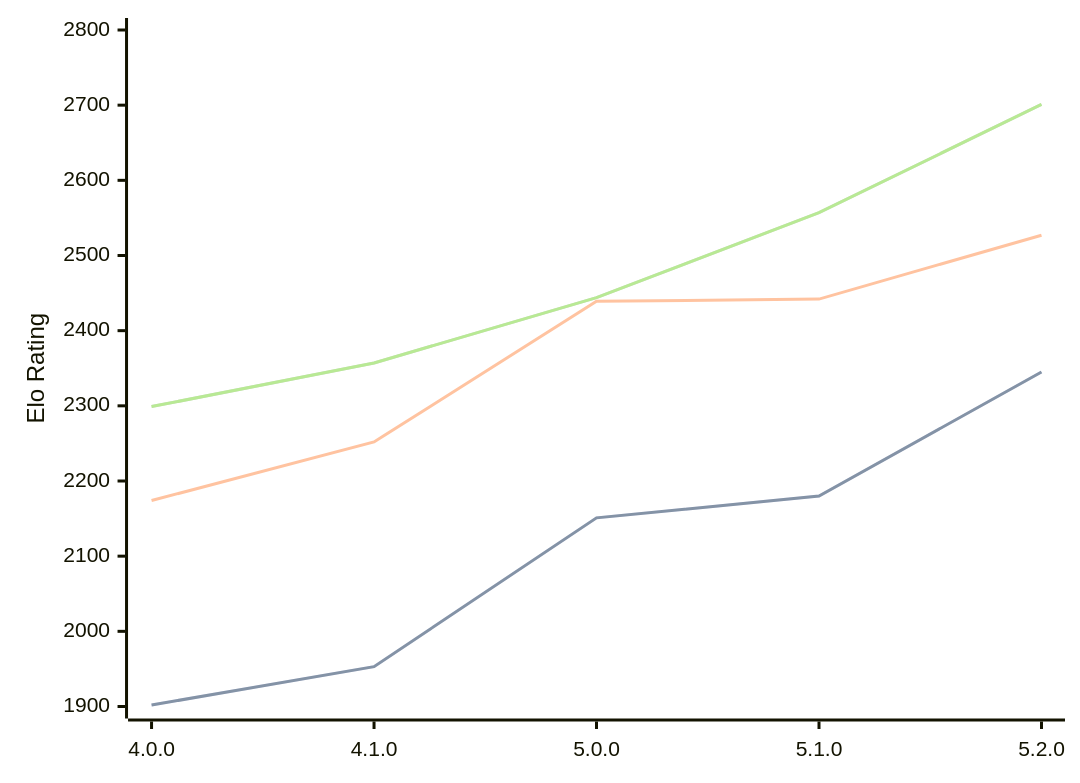
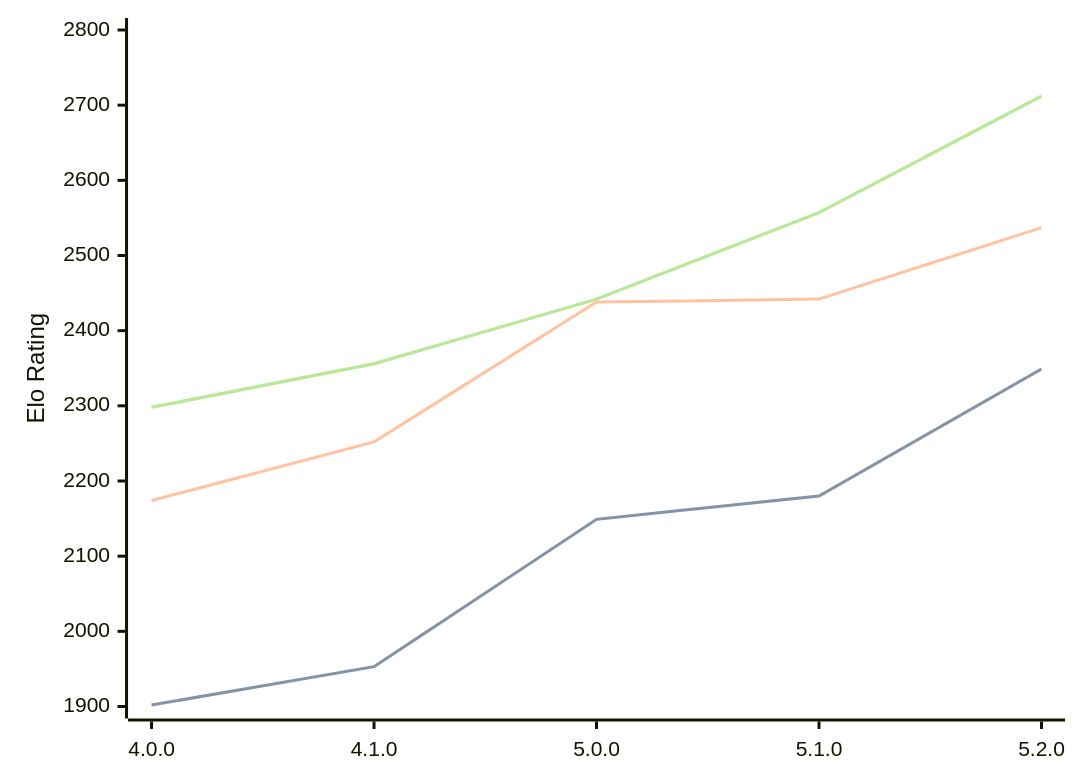
One commit to computer-chess-index/cci changed the first of 3 diagrams in engines/Aconcagua.md. Above: the diagram before and after it, drawn with Mermaid. The commit also changed other lines of this file, not shown here.

Commit message:
Update CCI Ratings (ELO VLTC) - 2026-06-17

````diff
--- a/engines/Aconcagua.md
+++ b/engines/Aconcagua.md
@@ -44,11 +44,11 @@
 ```mermaid
 %%{init: {"theme":"base","themeVariables":{"seriesColors:['#a3a3a3','#222221','#faa371']}}}%%
 xychart-beta
   x-axis ["4.0.0", "4.1.0", "5.0.0", "5.1.0", "5.2.0"]
   y-axis "Elo Rating" 1900 --> 2800
-  line "STC (8.0+0.08s)" [1902, 1953, 2151, 2180, 2345]
-  line "STC (8.0+0.08s)" [1902, 1953, 2151, 2180, 2345]
-  line "LTC (60.0+0.60s)" [2174, 2252, 2439, 2442, 2527]
-  line "VLTC (2m24s+1.12s)" [2299, 2357, 2444, 2557, 2701]
-  line "VLTC (2m24s+1.12s)" [2299, 2357, 2444, 2557, 2701]
+  line "STC (8.0+0.08s)" [1902, 1953, 2149, 2180, 2349]
+  line "STC (8.0+0.08s)" [1902, 1953, 2149, 2180, 2349]
+  line "LTC (60.0+0.60s)" [2174, 2252, 2438, 2442, 2537]
+  line "VLTC (2m24s+1.12s)" [2298, 2356, 2442, 2557, 2712]
+  line "VLTC (2m24s+1.12s)" [2298, 2356, 2442, 2557, 2712]
 ```
````
